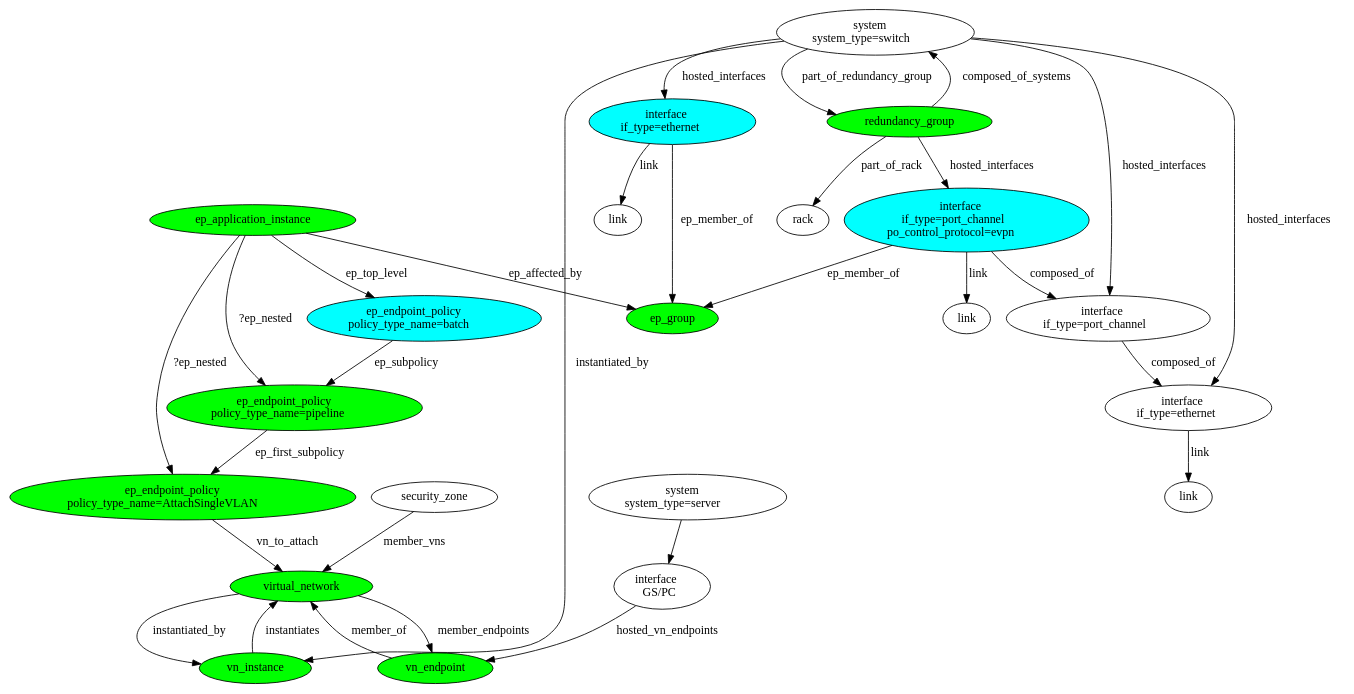
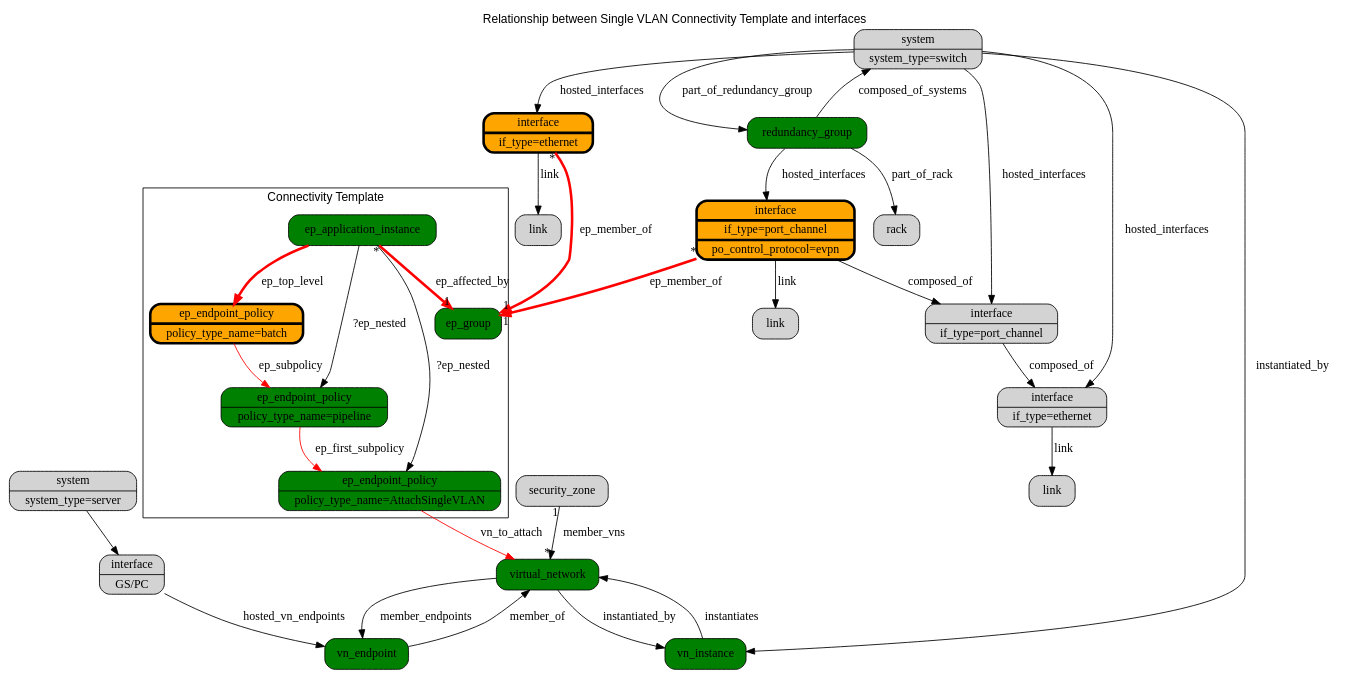
Before and after one commit to kimcharli/apstra-bp-consolidate: the diagram in apstra_bp_consolidation/ct.dot, drawn with Graphviz.

```diff
--- a/apstra_bp_consolidation/ct.dot
+++ b/apstra_bp_consolidation/ct.dot
@@ -1,53 +1,66 @@
 digraph {
-    EPI [label="ep_application_instance", fillcolor="#00ff00", style="filled"]
-    EEPB [label=<ep_endpoint_policy<br/>policy_type_name=batch>, fillcolor="#00ffff", style="filled" ]
-    EEPP [label=<ep_endpoint_policy<br/>policy_type_name=pipeline>, fillcolor="#00ff00", style="filled" ]
-    EEPS [label=<ep_endpoint_policy<br/>policy_type_name=AttachSingleVLAN>, fillcolor="#00ff00", style="filled" ]
-    EG [label="ep_group", fillcolor="#00ff00", style="filled"]
-    VN [label="virtual_network", fillcolor="#00ff00", style="filled"]
-    VE [label="vn_endpoint", fillcolor="#00ff00", style="filled"]
-    VI [label="vn_instance", fillcolor="#00ff00", style="filled"]
-    SZ [label="security_zone"]
-    IF_GS_PC [label=<interface<br/>GS/PC>]
-    IF_eth [label=<interface<br/>if_type=ethernet>, fillcolor="#00ffff", style="filled"]
-    IF_member [label=<interface<br/>if_type=ethernet>]
-    IF_ae [label=<interface<br/>if_type=port_channel>]
-    IF_evpn [label=<interface<br/>if_type=port_channel<br/>po_control_protocol=evpn>, fillcolor="#00ffff", style="filled"]
-    SS [label=<system<br/>system_type=server>]
-    Switch [label=<system<br/>system_type=switch>]
+    labelloc=t
+    label="Relationship between Single VLAN Connectivity Template and interfaces"
+    compound=true
+    fontname="Arial"
+    
+    node [shape=Mrecord, style=filled, fontname="Courier:bold"]
+    
+    subgraph cluster_ct {
+        label="Connectivity Template" 
+        EG [label="ep_group", fillcolor="green"]
+        EPI [label="ep_application_instance", fillcolor="green"]
+        EEPB [label="{ep_endpoint_policy | policy_type_name=batch}", fillcolor="orange", penwidth=3 ]
+        EEPP [label="{ep_endpoint_policy | policy_type_name=pipeline}", fillcolor="green"]
+        EEPS [label="{ep_endpoint_policy | policy_type_name=AttachSingleVLAN}", fillcolor="green"]
+    }
+    
+    RACK [label="rack", pos = "0,0!"]
+    RG [label="redundancy_group", fillcolor="green"]
+    Switch [label="{system | system_type=switch}"]
+    IF_evpn [label="{interface | if_type=port_channel | po_control_protocol=evpn}", fillcolor="orange", penwidth=3]
+    IF_eth [label="{interface | if_type=ethernet}", fillcolor="orange", penwidth=3]
+    IF_member [label="{interface | if_type=ethernet}"]
+    IF_ae [label="{interface | if_type=port_channel}"]
     LINK_evpn [label="link"]
     LINK_ethernet [label="link"]
     LINK_member [label="link"]
-    RG [label="redundancy_group", fillcolor="#00ff00", style="filled"]
-    RACK [label="rack"]
+    IF_GS_PC [label="{interface | GS/PC }"]
+    SS [label="{ system | system_type=server}"]
+    VN [label="virtual_network", fillcolor="green"]
+    VE [label="vn_endpoint", fillcolor="green"]
+    VI [label="vn_instance", fillcolor="green"]
+    SZ [label="security_zone"]
 
-    EEPB -> EEPP [label="ep_subpolicy"]
-    EPI -> EEPB [label="ep_top_level" ]
-    EPI -> EG [label="ep_affected_by"]
+    RG -> RACK [label="part_of_rack"]
+    RG ->Switch [label="composed_of_systems"]
+    RG -> IF_evpn [label="hosted_interfaces"]
+    Switch -> VI [label="instantiated_by"]
+
+    IF_eth -> EG [label="ep_member_of", color="red", penwidth=3, headlabel="1", taillabel="*"]
+    IF_evpn -> EG [label="ep_member_of", color="red", penwidth=3, headlabel="1", taillabel="*"]
+
+    EEPB -> EEPP [label="ep_subpolicy", color="red"]
+    EPI -> EEPB [label="ep_top_level", color="red", penwidth=3 ]
+    EPI -> EG [label="ep_affected_by", color="red", penwidth=3, headlabel="1", taillabel="*"]
     EPI -> EEPP [label="?ep_nested"]
     EPI -> EEPS [label="?ep_nested"]
-    EEPP -> EEPS [label="ep_first_subpolicy"]
-    EEPS -> VN [label="vn_to_attach"]
+    EEPP -> EEPS [label="ep_first_subpolicy", color="red"]
+    EEPS -> VN [label="vn_to_attach", color="red"]
     VN -> VE [label="member_endpoints"]
     VN -> VI [label="instantiated_by"]
-    SZ -> VN [label="member_vns"]
+    SZ -> VN [label="member_vns", headlabel="*", taillabel="1"]
     VE -> VN [label="member_of"]
     IF_GS_PC -> VE [label="hosted_vn_endpoints"]
     SS -> IF_GS_PC
     VI -> VN [label="instantiates"]
-    Switch -> VI [label="instantiated_by"]
-    IF_eth -> EG [label="ep_member_of"]
-    IF_evpn -> EG [label="ep_member_of"]
     IF_evpn -> IF_ae [label="composed_of"]
     IF_ae -> IF_member [label="composed_of"]
     IF_member -> LINK_member [label="link"]
     IF_eth -> LINK_ethernet [label="link"]
     IF_evpn -> LINK_evpn [label="link"]
     Switch -> IF_eth [label="hosted_interfaces"]
     Switch -> RG [label="part_of_redundancy_group"]
     Switch -> IF_ae [label="hosted_interfaces"]
     Switch -> IF_member [label="hosted_interfaces"]
-    RG -> IF_evpn [label="hosted_interfaces"]
-    RG ->Switch [label="composed_of_systems"]
-    RG -> RACK [label="part_of_rack"]
 }
```
